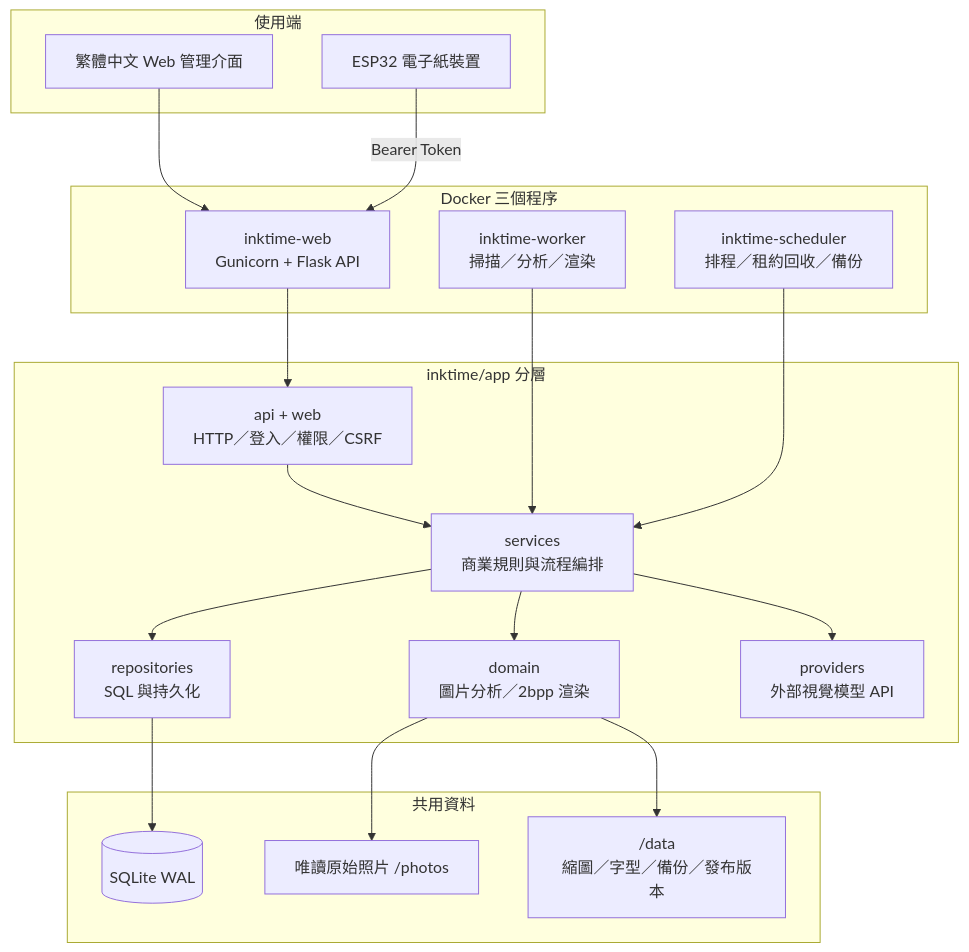
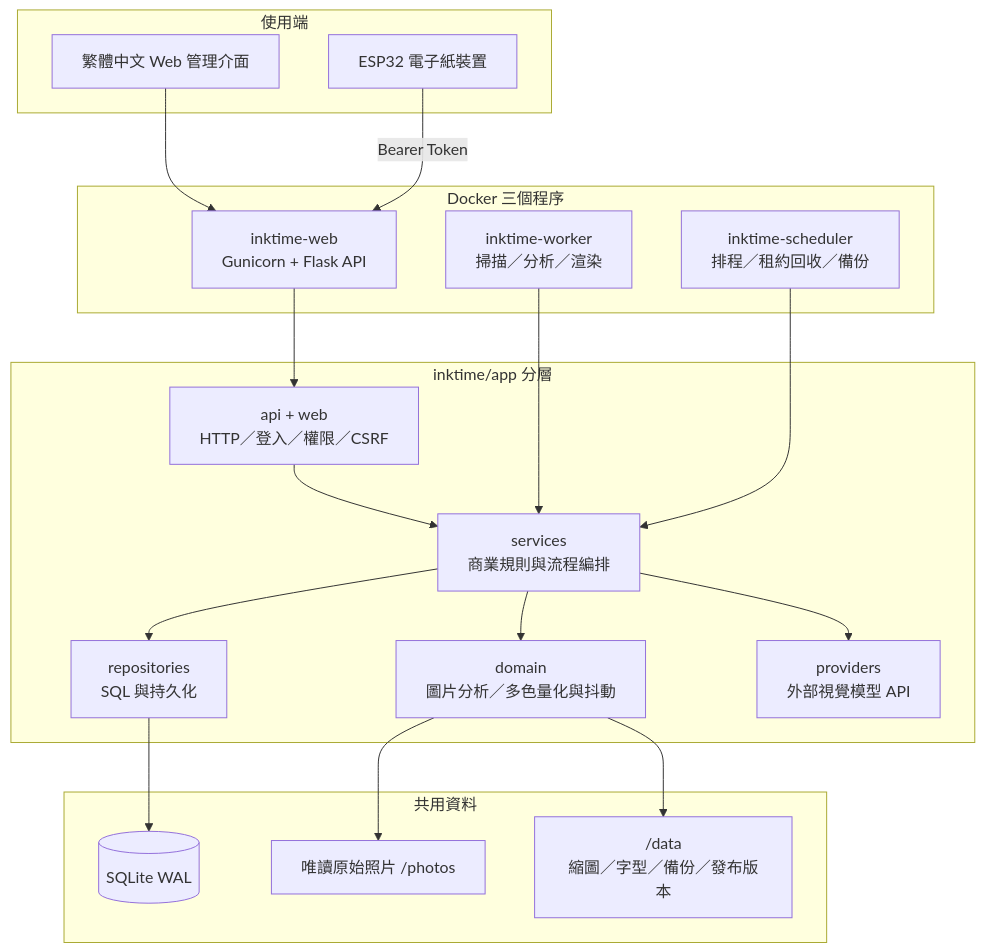
Before and after one commit to steven87090799/InkTime: the diagram in README.md, drawn with Mermaid. The commit also changed other lines of this file and 62 other files, not shown here.

````diff
--- a/README.md
+++ b/README.md
@@ -22,37 +24,37 @@
 ```mermaid
 flowchart TB
     subgraph clients["使用端"]
         UI["繁體中文 Web 管理介面"]
         ESP["ESP32 電子紙裝置"]
     end
 
     subgraph processes["Docker 三個程序"]
         WEB["inktime-web<br/>Gunicorn + Flask API"]
         WORKER["inktime-worker<br/>掃描／分析／渲染"]
         SCHED["inktime-scheduler<br/>排程／租約回收／備份"]
     end
 
     subgraph application["inktime/app 分層"]
         API["api + web<br/>HTTP／登入／權限／CSRF"]
         SVC["services<br/>商業規則與流程編排"]
-        DOMAIN["domain<br/>圖片分析／2bpp 渲染"]
+        DOMAIN["domain<br/>圖片分析／多色量化與抖動"]
         REPO["repositories<br/>SQL 與持久化"]
         PROVIDER["providers<br/>外部視覺模型 API"]
     end
 
     subgraph storage["共用資料"]
         DB[("SQLite WAL")]
         PHOTOS["唯讀原始照片 /photos"]
         DATA["/data<br/>縮圖／字型／備份／發布版本"]
     end
 
     UI --> WEB --> API --> SVC
     ESP -->|"Bearer Token"| WEB
     WORKER --> SVC
     SCHED --> SVC
     SVC --> DOMAIN
     SVC --> PROVIDER
     SVC --> REPO --> DB
     DOMAIN --> PHOTOS
     DOMAIN --> DATA
 ```
````
